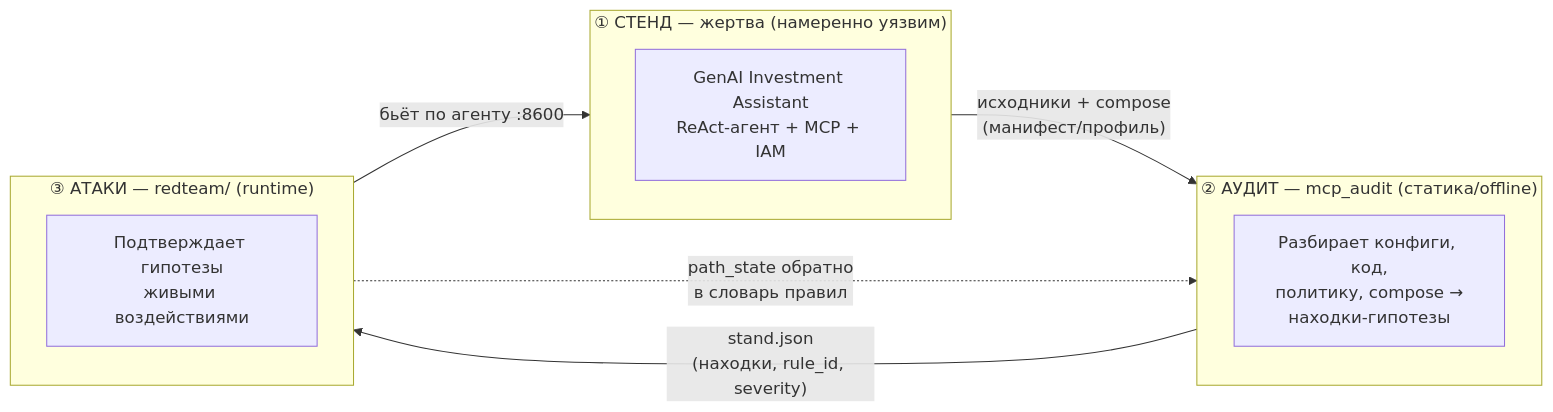
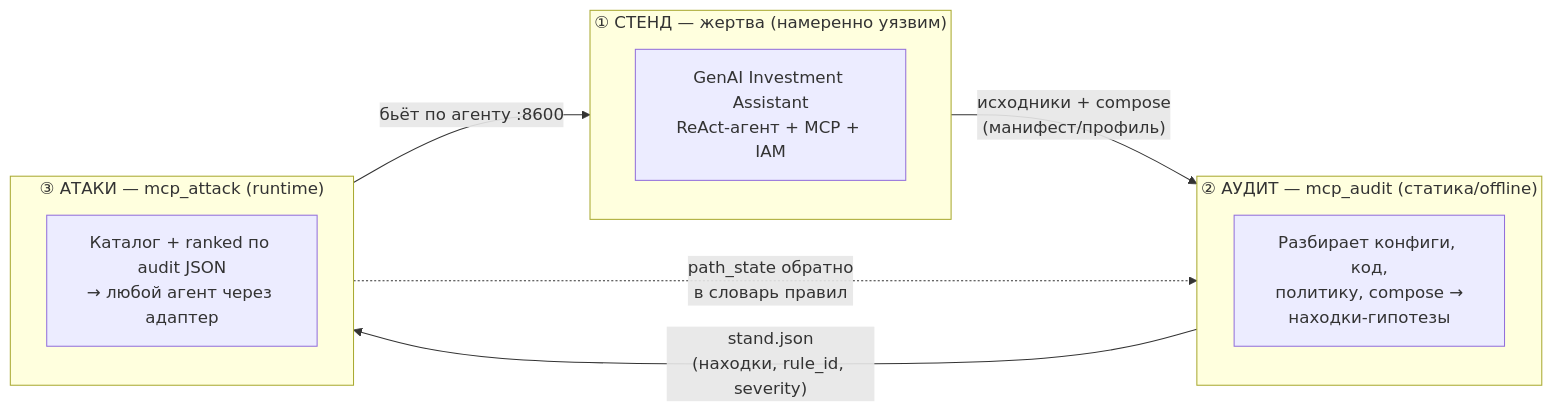
One commit to bulochka68/memrot changed the first of 7 diagrams in docs/project_overview.md. Above: the diagram before and after it, drawn with Mermaid. The commit also changed other lines of this file and 77 other files, not shown here.

First line of the commit message:
mcp_attack: таксономия, доменный каталог и audit-driven quickstart.

````diff
--- a/docs/project_overview.md
+++ b/docs/project_overview.md
@@ -18,20 +18,20 @@
 ```mermaid
 flowchart LR
     subgraph stand["① СТЕНД — жертва (намеренно уязвим)"]
         direction TB
         s1["GenAI Investment Assistant<br/>ReAct-агент + MCP + IAM"]
     end
     subgraph audit["② АУДИТ — mcp_audit (статика/offline)"]
         direction TB
         a1["Разбирает конфиги, код,<br/>политику, compose →<br/>находки-гипотезы"]
     end
-    subgraph attack["③ АТАКИ — redteam/ (runtime)"]
+    subgraph attack["③ АТАКИ — mcp_attack (runtime)"]
         direction TB
-        r1["Подтверждает гипотезы<br/>живыми воздействиями"]
+        r1["Каталог + ranked по audit JSON<br/>→ любой агент через адаптер"]
     end
 
     stand -- "исходники + compose<br/>(манифест/профиль)" --> audit
     audit -- "stand.json<br/>(находки, rule_id, severity)" --> attack
     attack -- "бьёт по агенту :8600" --> stand
     attack -. "path_state обратно<br/>в словарь правил" .-> audit
 ```
````
